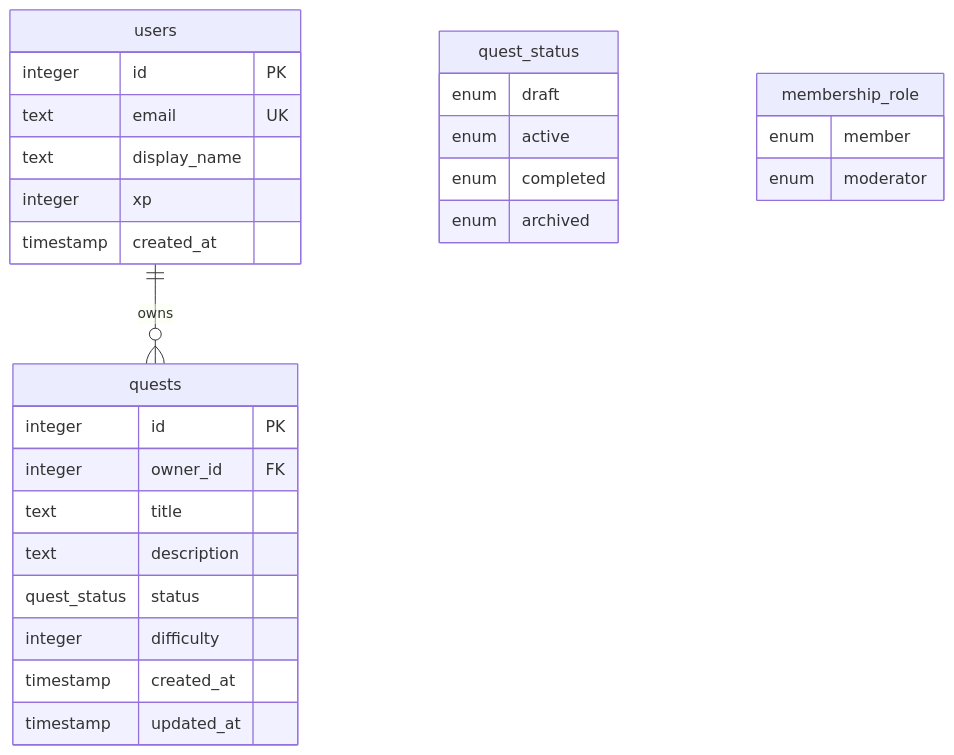
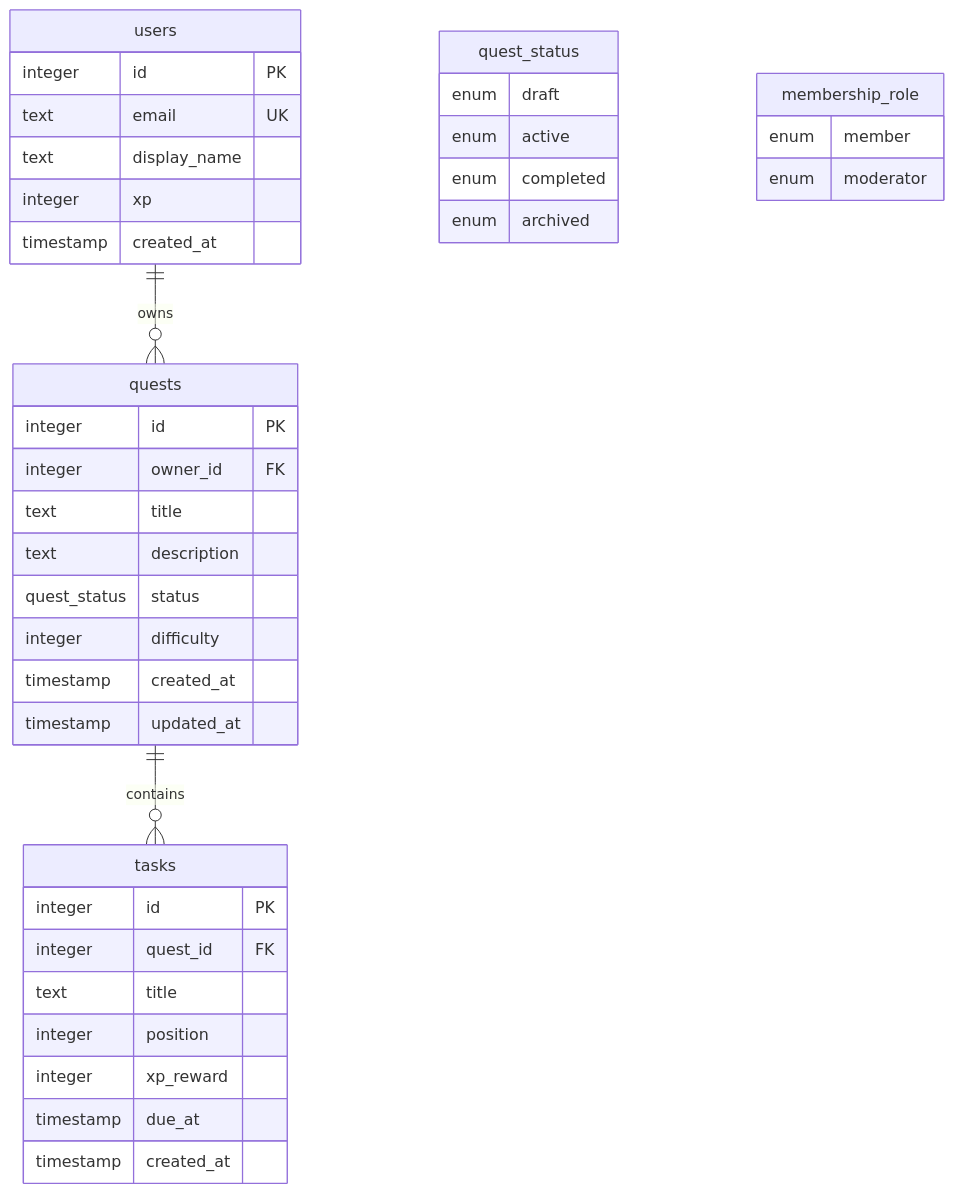
Before and after one commit to ccweerasinghe1994/drizzel-lerning-quest-project: the diagram in README.md, drawn with Mermaid. The commit also changed 3 other files, not shown here.

Commit message:
feat: add tasks table schema, migration, and update README ER diagram

````diff
--- a/README.md
+++ b/README.md
@@ -66,32 +66,42 @@
 ```mermaid
 erDiagram
     users ||--o{ quests : "owns"
+    quests ||--o{ tasks : "contains"
 
     quest_status {
         enum draft
         enum active
         enum completed
         enum archived
     }
     membership_role {
         enum member
         enum moderator
     }
     users {
         integer id PK
         text email UK
         text display_name
         integer xp
         timestamp created_at
     }
     quests {
         integer id PK
         integer owner_id FK
         text title
         text description
         quest_status status
         integer difficulty
         timestamp created_at
         timestamp updated_at
     }
+    tasks {
+        integer id PK
+        integer quest_id FK
+        text title
+        integer position
+        integer xp_reward
+        timestamp due_at
+        timestamp created_at
+    }
 ```
````
